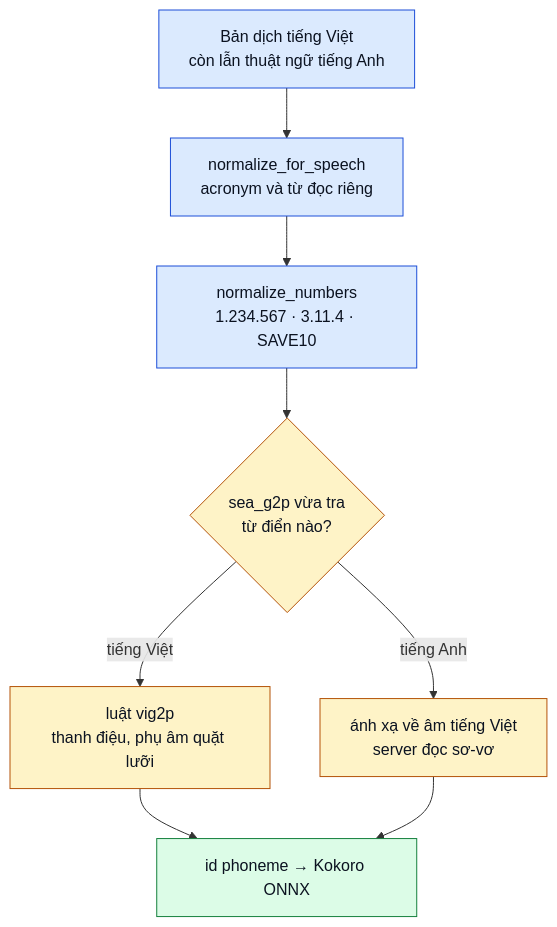
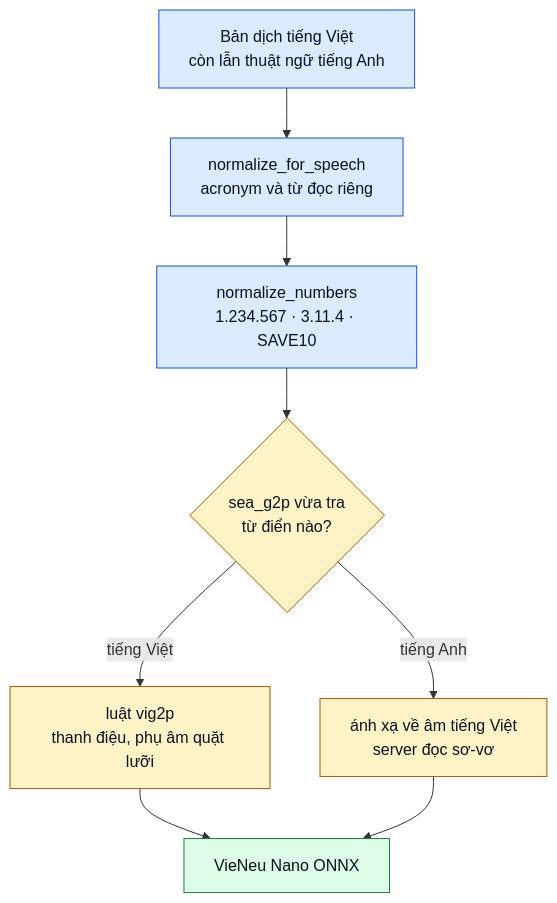
Before and after one commit to AIAI-Laboratory/ai-vietnamese-dubbing: the fourth of 6 diagrams in README.vi.md, drawn with Mermaid. The commit also changed other lines of this file and 3 other files, not shown here.

````diff
--- a/README.vi.md
+++ b/README.vi.md
@@ -191,17 +191,17 @@
 ```mermaid
 flowchart TD
     A["Bản dịch tiếng Việt<br/>còn lẫn thuật ngữ tiếng Anh"] --> B["normalize_for_speech<br/>acronym và từ đọc riêng"]
     B --> C["normalize_numbers<br/>1.234.567 · 3.11.4 · SAVE10"]
     C --> D{"sea_g2p vừa tra<br/>từ điển nào?"}
     D -->|tiếng Việt| E["luật vig2p<br/>thanh điệu, phụ âm quặt lưỡi"]
     D -->|tiếng Anh| F["ánh xạ về âm tiếng Việt<br/>server đọc sơ-vơ"]
-    E --> G["id phoneme → Kokoro ONNX"]
+    E --> G["VieNeu Nano ONNX"]
     F --> G
 
     classDef prep fill:#dbeafe,stroke:#1d4ed8,color:#0b1220
     classDef choice fill:#fef3c7,stroke:#b45309,color:#0b1220
     classDef out fill:#dcfce7,stroke:#15803d,color:#0b1220
     class A,B,C prep
     class D,E,F choice
     class G out
 ```
````
